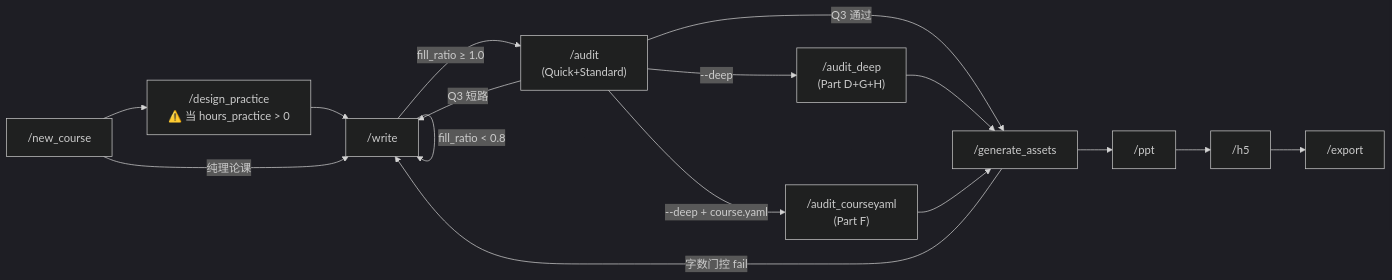
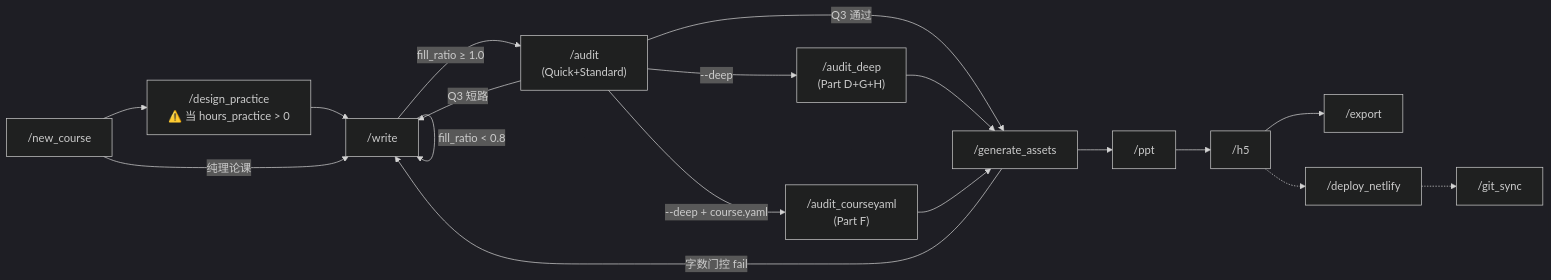
The diagram in .agent/INDEX.md (carllx/courseware-agent), drawn with Mermaid (dark theme) before and after one commit. The commit also changed other lines of this file and 3 other files, not shown here.

````diff
--- a/.agent/INDEX.md
+++ b/.agent/INDEX.md
@@ -58,18 +59,20 @@
 ```mermaid
 graph LR
     A["/new_course"] --> DP["/design_practice<br/>⚠️ 当 hours_practice > 0"]
     DP --> B["/write"]
     A -->|"纯理论课"| B
     B -->|"fill_ratio ≥ 1.0"| C["/audit<br/>(Quick+Standard)"]
     B -->|"fill_ratio < 0.8"| B
     C -->|"Q3 短路"| B
     C -->|"--deep"| C2["/audit_deep<br/>(Part D+G+H)"]
     C -->|"--deep + course.yaml"| C3["/audit_courseyaml<br/>(Part F)"]
     C -->|"Q3 通过"| D["/generate_assets"]
     C2 --> D
     C3 --> D
     D -->|"字数门控 fail"| B
     D --> E["/ppt"]
     E --> F["/h5"]
     F --> G["/export"]
+    F -.-> H["/deploy_netlify"]
+    H -.-> I["/git_sync"]
 ```
````
